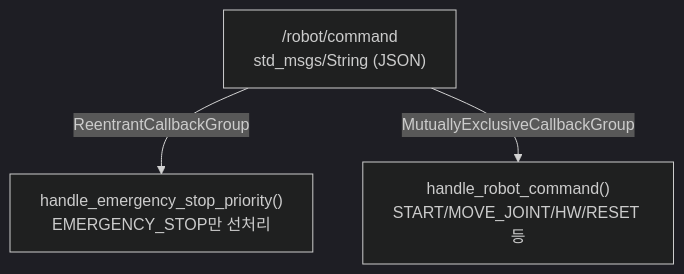
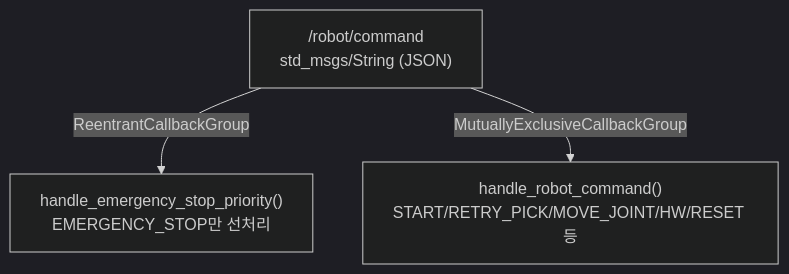
One commit to Rokey-B-4/auto-dump-bot changed the third of 10 diagrams in code/robot_ws/src/auto_dump_robot_pkg/docs/motion_controller_분석.md. Above: the diagram before and after it, drawn with Mermaid (dark theme). The commit also changed other lines of this file and 7 other files, not shown here.

````diff
--- a/code/robot_ws/src/auto_dump_robot_pkg/docs/motion_controller_분석.md
+++ b/code/robot_ws/src/auto_dump_robot_pkg/docs/motion_controller_분석.md
@@ -96,6 +124,6 @@
 ```mermaid
 flowchart TB
     T["/robot/command<br/>std_msgs/String (JSON)"]
     T -->|ReentrantCallbackGroup| H1["handle_emergency_stop_priority()<br/>EMERGENCY_STOP만 선처리"]
-    T -->|MutuallyExclusiveCallbackGroup| H2["handle_robot_command()<br/>START/MOVE_JOINT/HW/RESET 등"]
+    T -->|MutuallyExclusiveCallbackGroup| H2["handle_robot_command()<br/>START/RETRY_PICK/MOVE_JOINT/HW/RESET 등"]
 ```
````
